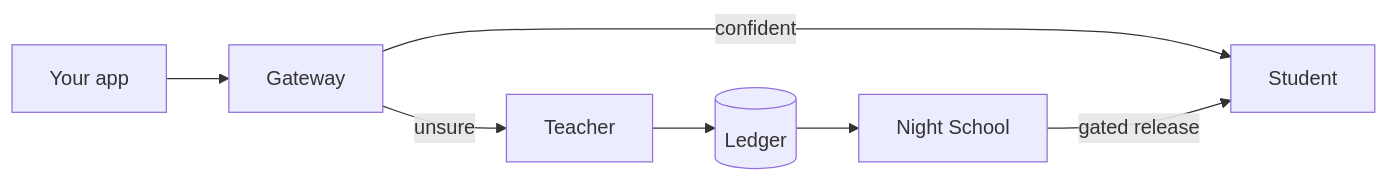
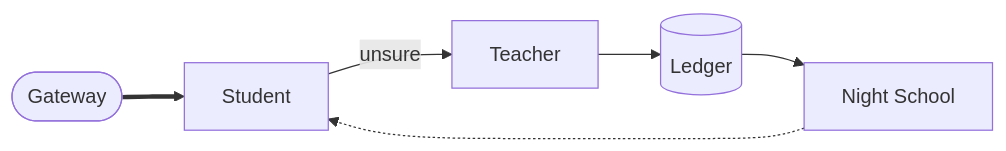
Before and after one commit to harshbhx/ratchet: the diagram in docs-site/src/content/docs/guides/faq.mdx, drawn with Mermaid. The commit also changed other lines of this file and 25 other files, not shown here.

````diff
--- a/docs-site/src/content/docs/guides/faq.mdx
+++ b/docs-site/src/content/docs/guides/faq.mdx
@@ -34,9 +36,11 @@
 ```mermaid
 flowchart LR
-  app["Your app"] --> gw["Gateway"]
-  gw -->|"confident"| st["Student"]
-  gw -->|"unsure"| te["Teacher"]
+  gw(["Gateway"]) ==> st["Student"]
+  st -->|"unsure"| te["Teacher"]
   te --> led[("Ledger")]
   led --> ns["Night School"]
-  ns -->|"gated release"| st
+  ns -.-> st
+  class st student
+  class te teacher
+  class led store
 ```
````
